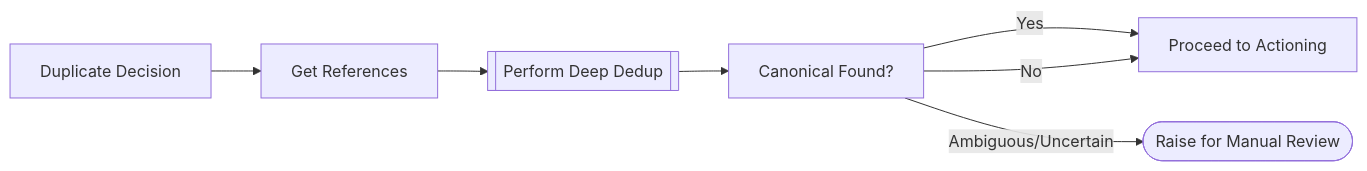
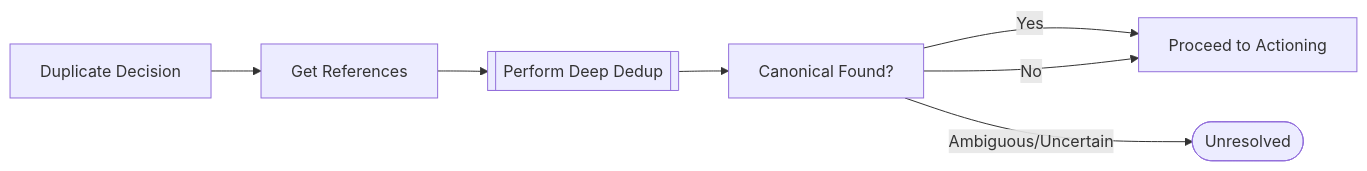
The fifth of 6 diagrams in docs/procedures/deduplication.rst (destiny-evidence/destiny-repository), drawn with Mermaid before and after one commit. The commit also changed other lines of this file and 2 other files, not shown here.

```diff
--- a/docs/procedures/deduplication.rst
+++ b/docs/procedures/deduplication.rst
@@ -158,15 +158,15 @@
 .. mermaid::
 
     flowchart LR
 
         D[Duplicate Decision]
         R[Get References]
         DD[[Perform Deep Dedup]]
         C[Canonical Found?]
         A[Proceed to Actioning]
-        M([Raise for Manual Review])
+        U([Unresolved])
 
         D-->R-->DD-->C
         C-->|Yes|A
         C-->|No|A
-        C-->|"Ambiguous/Uncertain"|M
+        C-->|"Ambiguous/Uncertain"|U
```
